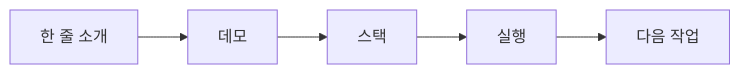
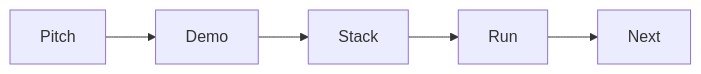
Before and after one commit to yeongseon-books/book-content: the diagram in content/portfolio-project-101/ko/03-writing-the-readme.md, drawn with Mermaid. The commit also changed other lines of this file and 9 other files, not shown here.

````diff
--- a/content/portfolio-project-101/ko/03-writing-the-readme.md
+++ b/content/portfolio-project-101/ko/03-writing-the-readme.md
@@ -48,7 +48,7 @@
 ```mermaid
 flowchart LR
-    P[한 줄 소개] --> D[데모]
-    D --> S[스택]
-    S --> R[실행]
-    R --> N[다음 작업]
+    P[Pitch] --> D[Demo]
+    D --> S[Stack]
+    S --> R[Run]
+    R --> N[Next]
 ```
````
